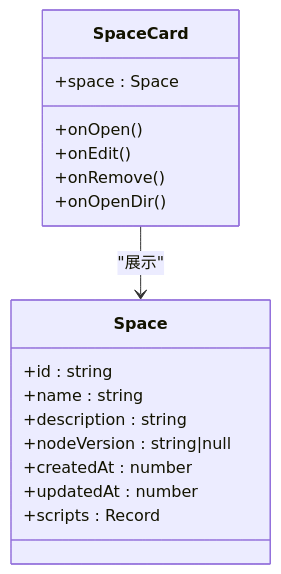
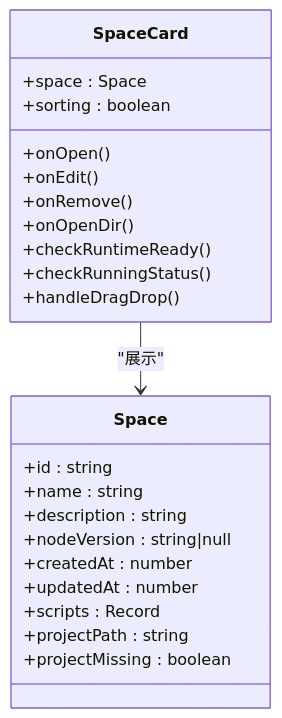
Before and after one commit to hozeeee/script-box: the fourth of 8 diagrams in .qoder/repowiki/zh/content/前端应用架构/页面组件/空间管理页面.md, drawn with Mermaid. The commit also changed other lines of this file and 76 other files, not shown here.

````diff
--- a/.qoder/repowiki/zh/content/前端应用架构/页面组件/空间管理页面.md
+++ b/.qoder/repowiki/zh/content/前端应用架构/页面组件/空间管理页面.md
@@ -173,20 +196,26 @@
 ```mermaid
 classDiagram
 class SpaceCard {
 +space : Space
 +onOpen()
 +onEdit()
 +onRemove()
 +onOpenDir()
++sorting : boolean
++checkRuntimeReady()
++checkRunningStatus()
++handleDragDrop()
 }
 class Space {
 +id : string
 +name : string
 +description : string
 +nodeVersion : string|null
 +createdAt : number
 +updatedAt : number
 +scripts : Record<string, any>
++projectPath : string
++projectMissing : boolean
 }
 SpaceCard --> Space : "展示"
 ```
````
